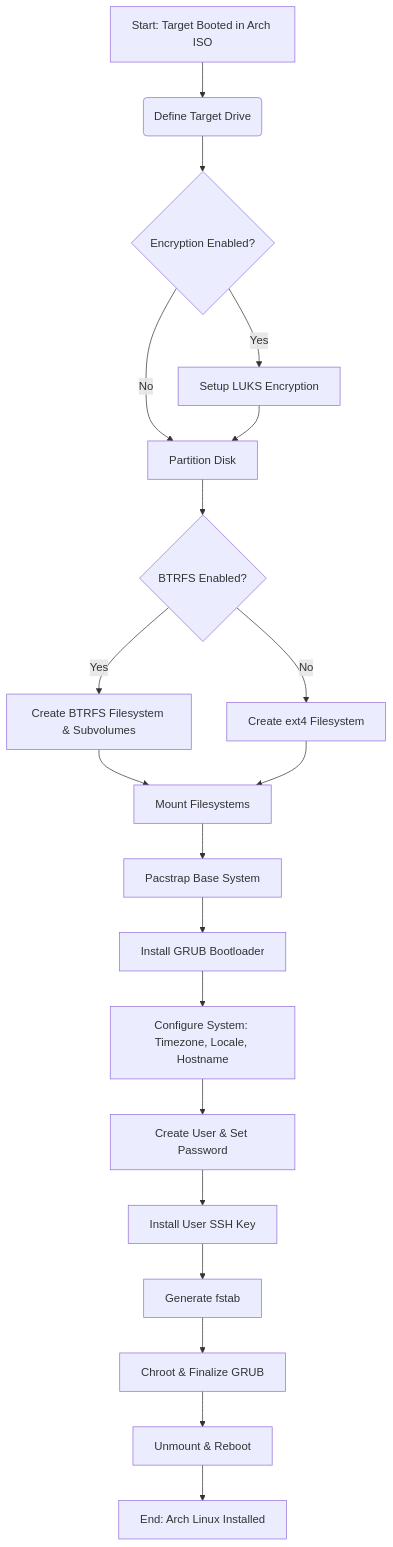
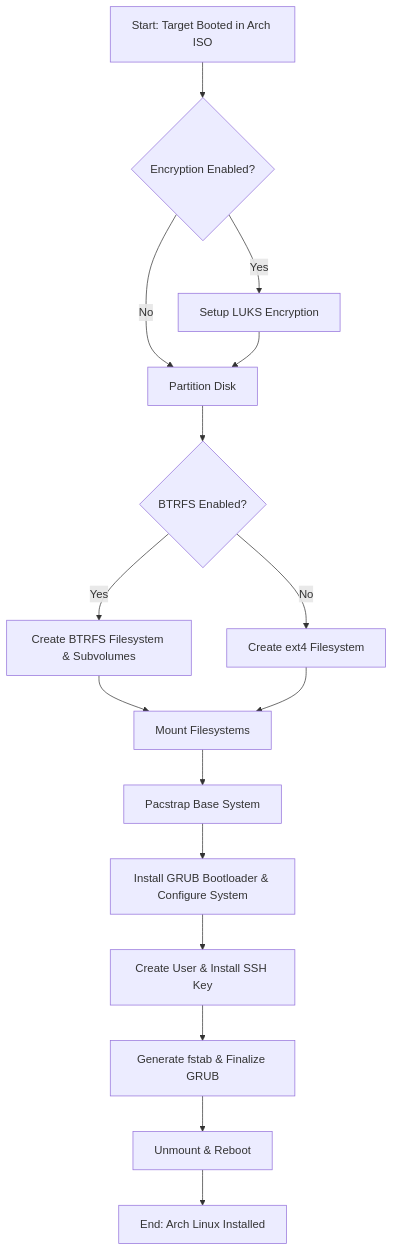
The diagram in roles/arch_iso_install/README.md (on3iropolos/gnome-network-ansible), drawn with Mermaid before and after one commit. The commit also changed other lines of this file and 3 other files, not shown here.

````diff
--- a/roles/arch_iso_install/README.md
+++ b/roles/arch_iso_install/README.md
@@ -21,22 +9,18 @@
 ```mermaid
 graph TD
-    A[Start: Target Booted in Arch ISO] --> B(Define Target Drive);
-    B --> C{Encryption Enabled?};
-    C -- Yes --> D[Setup LUKS Encryption];
-    C -- No --> E[Partition Disk];
-    D --> E;
-    E --> F{BTRFS Enabled?};
-    F -- Yes --> G[Create BTRFS Filesystem & Subvolumes];
-    F -- No --> H[Create ext4 Filesystem];
-    G --> I[Mount Filesystems];
-    H --> I;
-    I --> J[Pacstrap Base System];
-    J --> K[Install GRUB Bootloader];
-    K --> L[Configure System: Timezone, Locale, Hostname];
-    L --> M[Create User & Set Password];
-    M --> N[Install User SSH Key];
-    N --> O[Generate fstab];
-    O --> P[Chroot & Finalize GRUB];
-    P --> Q[Unmount & Reboot];
-    Q --> R[End: Arch Linux Installed];
+    A[Start: Target Booted in Arch ISO] --> B{Encryption Enabled?};
+    B -- Yes --> C[Setup LUKS Encryption];
+    B -- No --> D[Partition Disk];
+    C --> D;
+    D --> E{BTRFS Enabled?};
+    E -- Yes --> F[Create BTRFS Filesystem & Subvolumes];
+    E -- No --> G[Create ext4 Filesystem];
+    F --> H[Mount Filesystems];
+    G --> H;
+    H --> I[Pacstrap Base System];
+    I --> J[Install GRUB Bootloader & Configure System];
+    J --> K[Create User & Install SSH Key];
+    K --> L[Generate fstab & Finalize GRUB];
+    L --> M[Unmount & Reboot];
+    M --> N[End: Arch Linux Installed];
 ```
````
